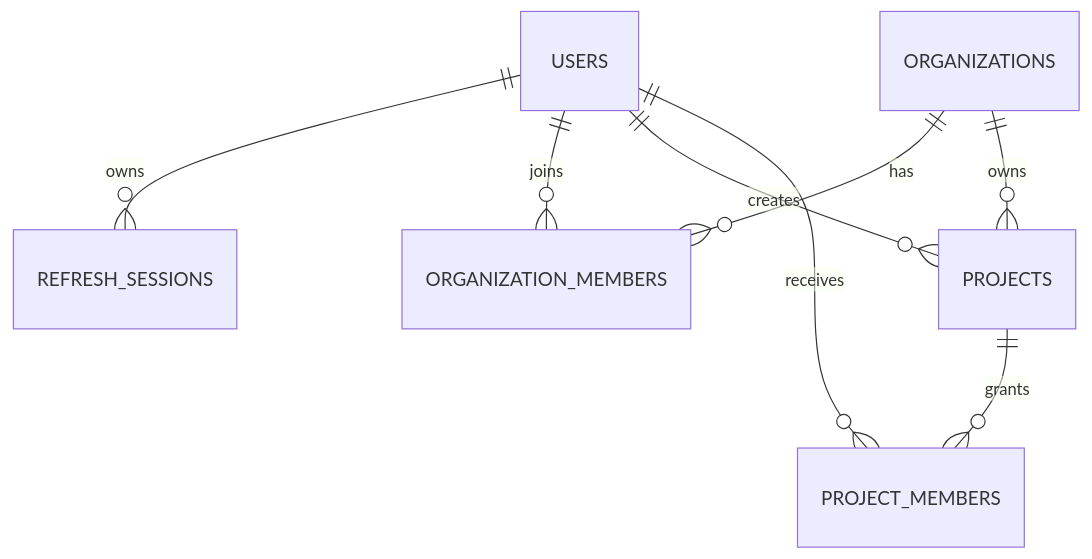
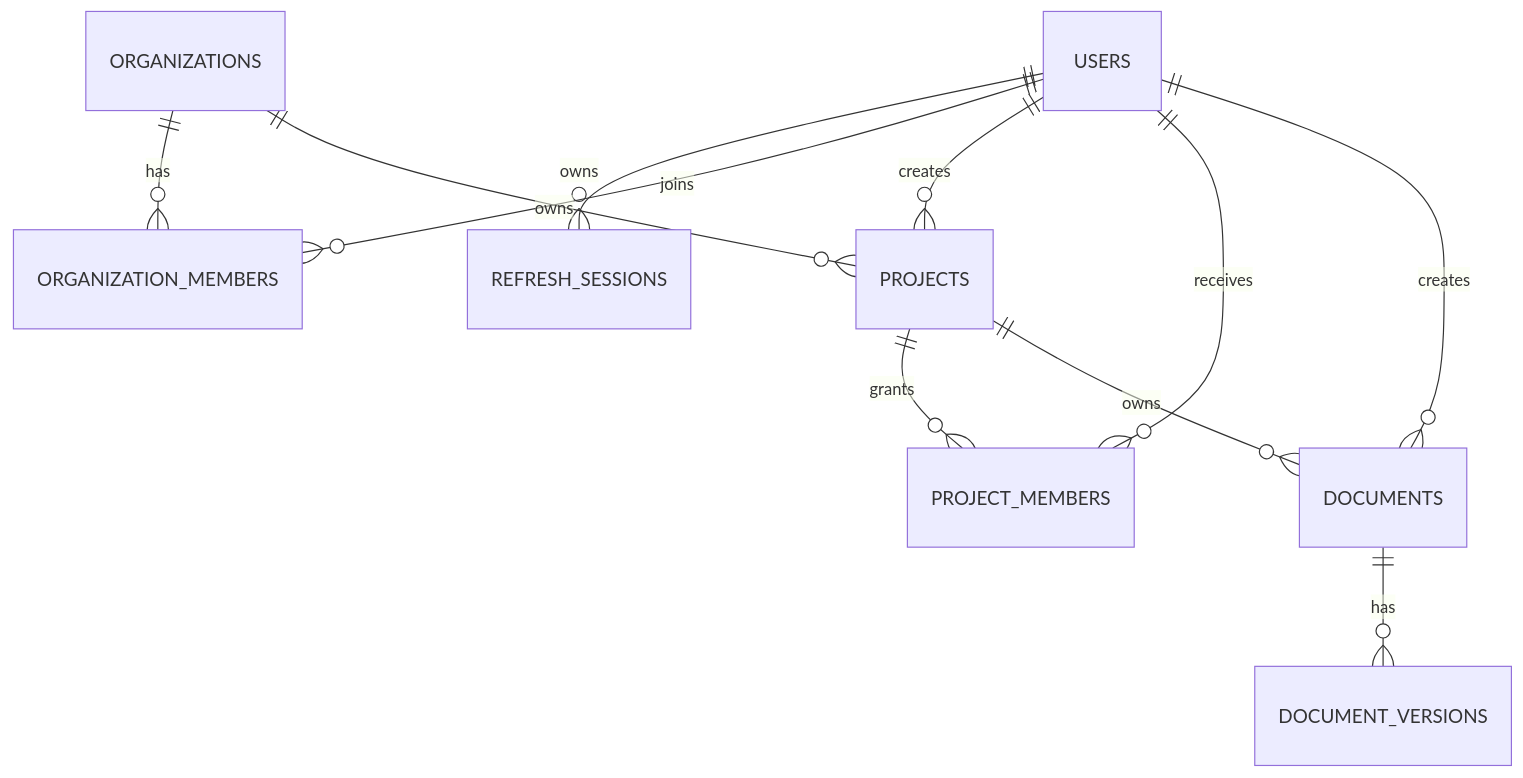
Before and after one commit to nahyan0077/knowledge-os: the diagram in .ai/DATABASE_MAP.md, drawn with Mermaid. The commit also changed other lines of this file and 23 other files, not shown here.

````diff
--- a/.ai/DATABASE_MAP.md
+++ b/.ai/DATABASE_MAP.md
@@ -13,10 +13,13 @@
 ```mermaid
 erDiagram
     USERS ||--o{ REFRESH_SESSIONS : owns
     USERS ||--o{ ORGANIZATION_MEMBERS : joins
     ORGANIZATIONS ||--o{ ORGANIZATION_MEMBERS : has
     ORGANIZATIONS ||--o{ PROJECTS : owns
     USERS ||--o{ PROJECTS : creates
     PROJECTS ||--o{ PROJECT_MEMBERS : grants
     USERS ||--o{ PROJECT_MEMBERS : receives
+    PROJECTS ||--o{ DOCUMENTS : owns
+    DOCUMENTS ||--o{ DOCUMENT_VERSIONS : has
+    USERS ||--o{ DOCUMENTS : creates
 ```
````
